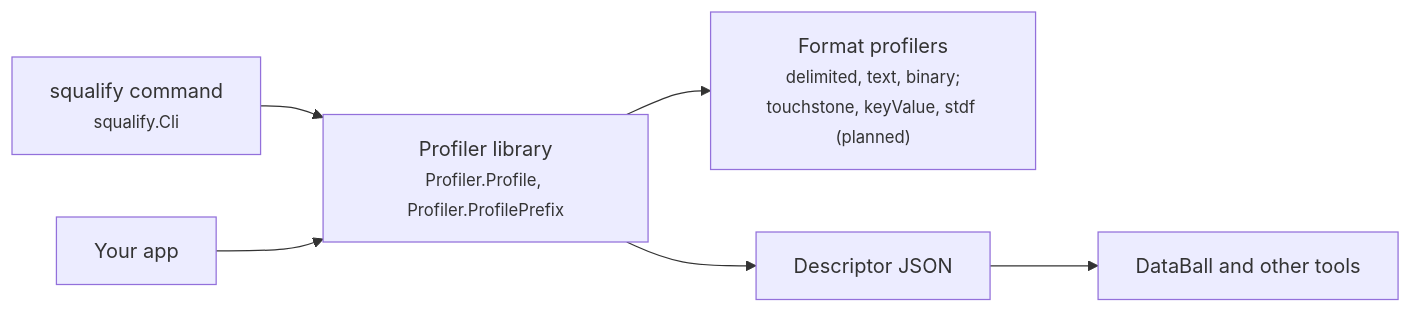
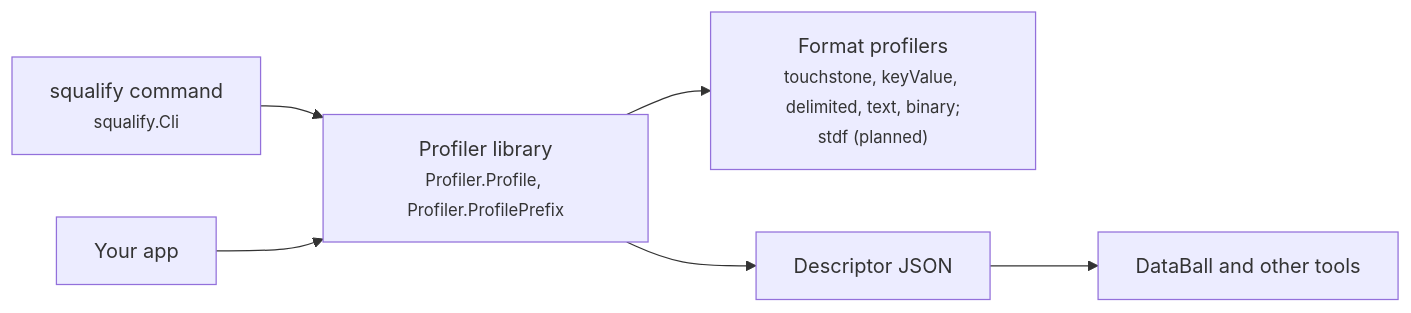
Before and after one commit to squalor-xyz/squalify: the first of 33 diagrams in docs/how-it-works.md, drawn with Mermaid. The commit also changed other lines of this file and 80 other files, not shown here.

Commit message:
sq-09: Touchstone and key=value/INI profilers; schema 1.1

````diff
--- a/docs/how-it-works.md
+++ b/docs/how-it-works.md
@@ -13,8 +13,8 @@
 ```mermaid
 flowchart LR
     CLI["squalify command<br/><small>squalify.Cli</small>"] --> Lib
     Host["Your app"] --> Lib
-    Lib["Profiler library<br/><small>Profiler.Profile, Profiler.ProfilePrefix</small>"] --> Profilers["Format profilers<br/><small>delimited, text, binary;<br/>touchstone, keyValue, stdf (planned)</small>"]
+    Lib["Profiler library<br/><small>Profiler.Profile, Profiler.ProfilePrefix</small>"] --> Profilers["Format profilers<br/><small>touchstone, keyValue, delimited, text, binary;<br/>stdf (planned)</small>"]
     Lib --> Out["Descriptor JSON"]
     Out --> Consumers["DataBall and other tools"]
 ```
````
